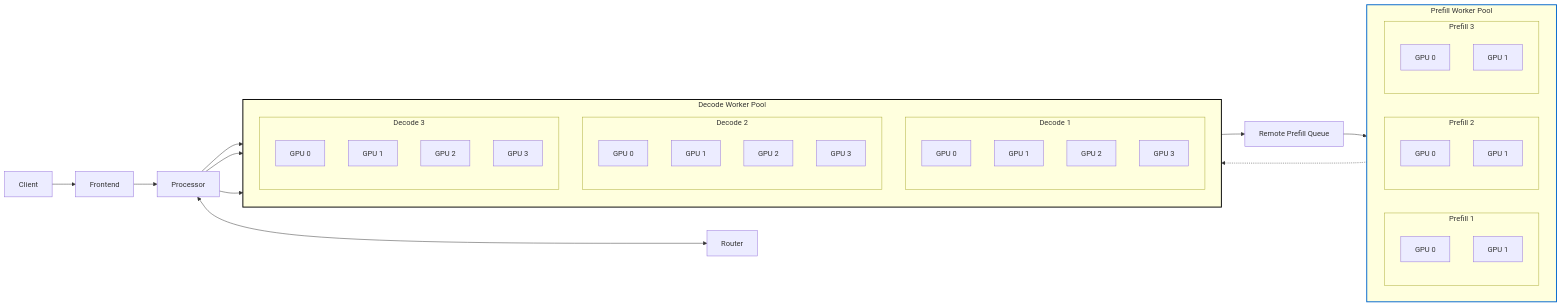
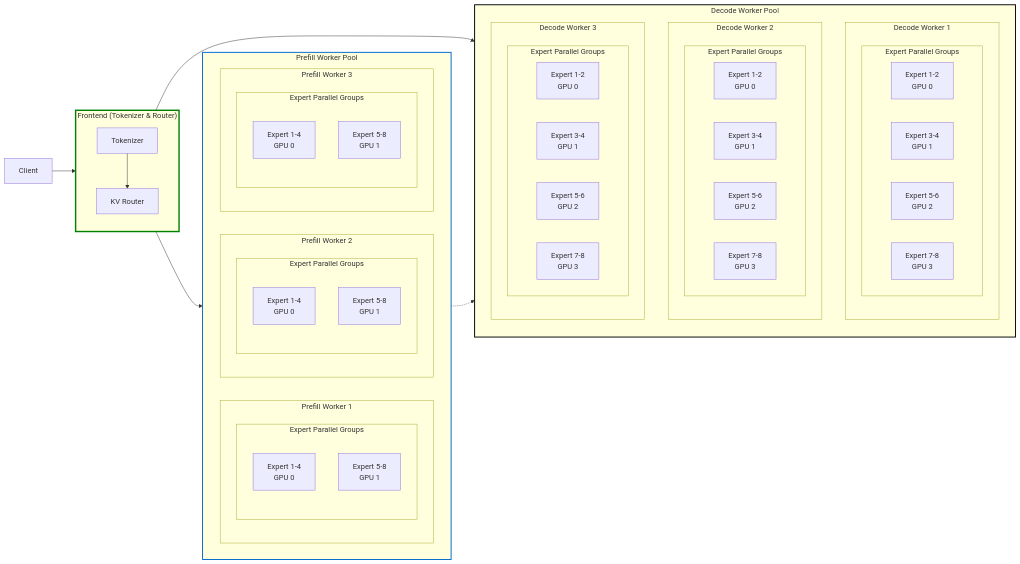
The first of 6 diagrams in deps/NNNN-fault-tolerance.md (ai-dynamo/enhancements), drawn with Mermaid before and after one commit.

````diff
--- a/deps/NNNN-fault-tolerance.md
+++ b/deps/NNNN-fault-tolerance.md
@@ -254,73 +254,81 @@
 ```mermaid
 graph LR
     Client["Client"]
-    Frontend["Frontend"]
-    Router["Router"]
-    Processor["Processor"]
-    PrefillQueue["Remote Prefill Queue"]
+
+    subgraph Frontend["Frontend (Tokenizer & Router)"]
+        direction TB
+        Tokenizer["Tokenizer"]
+        Router["KV Router"]
+        Tokenizer --> Router
+    end
 
     Client --> Frontend
-    Frontend --> Processor
-    Processor <--> Router
 
-    %% Prefill Worker Pool (horizontal layout)
+    %% Prefill Worker Pool with Expert Parallelism
     subgraph PrefillPool["Prefill Worker Pool"]
         direction LR
-        subgraph Prefill1["Prefill 1"]
+        subgraph Prefill1["Prefill Worker 1"]
             direction TB
-            P1GPU0["GPU 0"]
-            P1GPU1["GPU 1"]
+            subgraph P1Experts["Expert Parallel Groups"]
+                P1E1["Expert 1-4<br/>GPU 0"]
+                P1E2["Expert 5-8<br/>GPU 1"]
+            end
         end
-        subgraph Prefill2["Prefill 2"]
+        subgraph Prefill2["Prefill Worker 2"]
             direction TB
-            P2GPU0["GPU 0"]
-            P2GPU1["GPU 1"]
+            subgraph P2Experts["Expert Parallel Groups"]
+                P2E1["Expert 1-4<br/>GPU 0"]
+                P2E2["Expert 5-8<br/>GPU 1"]
+            end
         end
-        subgraph Prefill3["Prefill 3"]
+        subgraph Prefill3["Prefill Worker 3"]
             direction TB
-            P3GPU0["GPU 0"]
-            P3GPU1["GPU 1"]
+            subgraph P3Experts["Expert Parallel Groups"]
+                P3E1["Expert 1-4<br/>GPU 0"]
+                P3E2["Expert 5-8<br/>GPU 1"]
+            end
         end
     end
 
-    %% Decode Worker Pool (vertical layout)
+    %% Decode Worker Pool with Expert Parallelism
     subgraph DecodePool["Decode Worker Pool"]
         direction TB
-        subgraph Decode1["Decode 1"]
+        subgraph Decode1["Decode Worker 1"]
             direction TB
-            D1GPU0["GPU 0"]
-            D1GPU1["GPU 1"]
-            D1GPU2["GPU 2"]
-            D1GPU3["GPU 3"]
+            subgraph D1Experts["Expert Parallel Groups"]
+                D1E1["Expert 1-2<br/>GPU 0"]
+                D1E2["Expert 3-4<br/>GPU 1"]
+                D1E3["Expert 5-6<br/>GPU 2"]
+                D1E4["Expert 7-8<br/>GPU 3"]
+            end
         end
-        subgraph Decode2["Decode 2"]
+        subgraph Decode2["Decode Worker 2"]
             direction TB
-            D2GPU0["GPU 0"]
-            D2GPU1["GPU 1"]
-            D2GPU2["GPU 2"]
-            D2GPU3["GPU 3"]
+            subgraph D2Experts["Expert Parallel Groups"]
+                D2E1["Expert 1-2<br/>GPU 0"]
+                D2E2["Expert 3-4<br/>GPU 1"]
+                D2E3["Expert 5-6<br/>GPU 2"]
+                D2E4["Expert 7-8<br/>GPU 3"]
+            end
         end
-        subgraph Decode3["Decode 3"]
+        subgraph Decode3["Decode Worker 3"]
             direction TB
-            D3GPU0["GPU 0"]
-            D3GPU1["GPU 1"]
-            D3GPU2["GPU 2"]
-            D3GPU3["GPU 3"]
+            subgraph D3Experts["Expert Parallel Groups"]
+                D3E1["Expert 1-2<br/>GPU 0"]
+                D3E2["Expert 3-4<br/>GPU 1"]
+                D3E3["Expert 5-6<br/>GPU 2"]
+                D3E4["Expert 7-8<br/>GPU 3"]
+            end
         end
     end
 
     %% Connections
-    Processor --> Decode1
-    Processor --> Decode2
-	Processor --> Decode3
-	
-
-	PrefillQueue --> PrefillPool
-    DecodePool --> PrefillQueue
+    Frontend --> PrefillPool
+    Frontend --> DecodePool
     PrefillPool -.-> DecodePool
-	
 
     %% Styling
+    style Frontend stroke:#008000,stroke-width:3px
     style PrefillPool stroke:#0066cc,stroke-width:2px
     style DecodePool stroke:#000,stroke-width:2px
 ```
````
